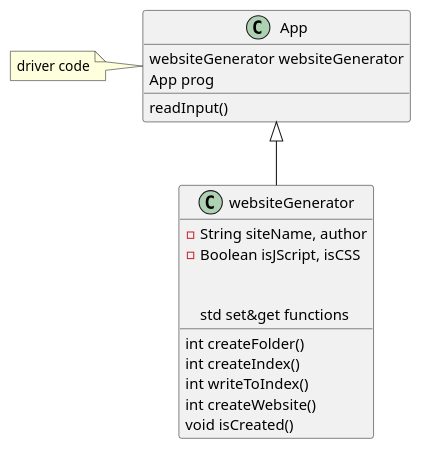
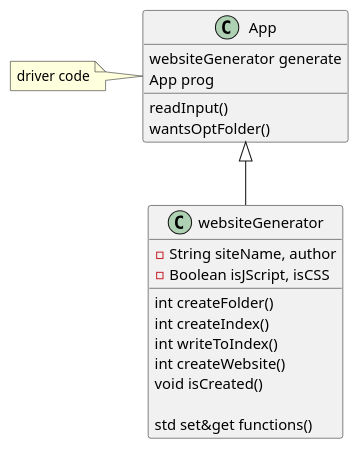
One commit to arkaik2k01/nobrega-cop3330-assignment3 changed the diagram in src/main/java/Assignments/ex43/diagram.puml. Above: the diagram before and after it, drawn with PlantUML. The commit also changed 3 other files, not shown here.

Commit message:
Have to figure out tests

```diff
--- a/src/main/java/Assignments/ex43/diagram.puml
+++ b/src/main/java/Assignments/ex43/diagram.puml
@@ -1,27 +1,28 @@
 @startuml
 'https://plantuml.com/class-diagram
 
 class App {
-    websiteGenerator websiteGenerator
+    websiteGenerator generate
     App prog
 
     readInput()
+    wantsOptFolder()
 }
 
 note left: driver code
 
 App <|-- websiteGenerator
 
 class websiteGenerator {
     -String siteName, author
     -Boolean isJScript, isCSS
 
     int createFolder()
     int createIndex()
     int writeToIndex()
     int createWebsite()
     void isCreated()
 
-    std set&get functions
+    std set&get functions()
 }
 @enduml
```
